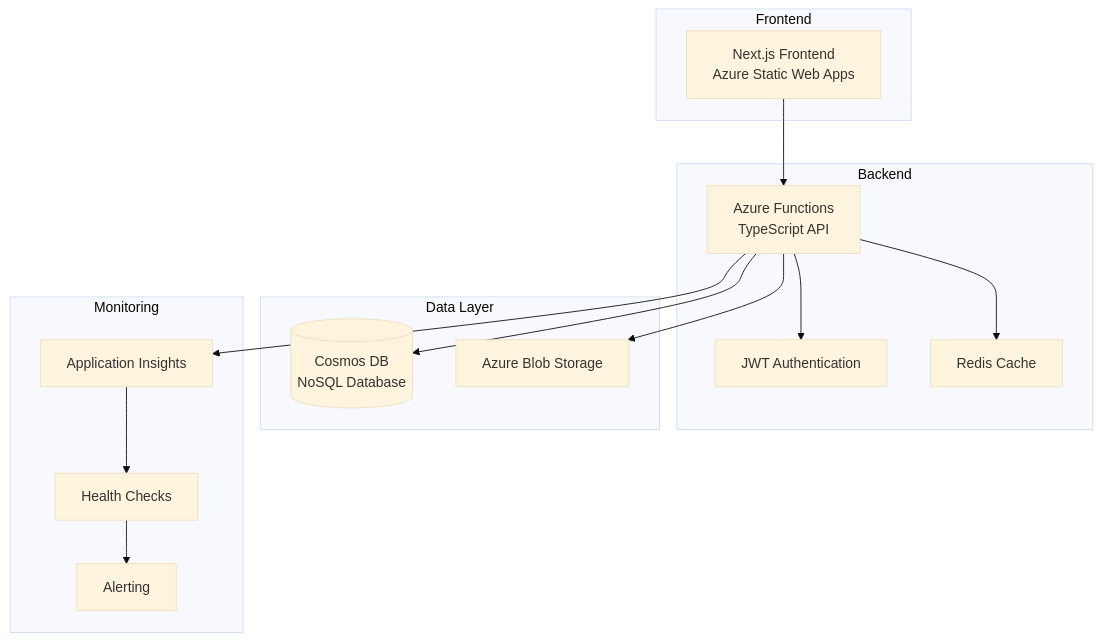
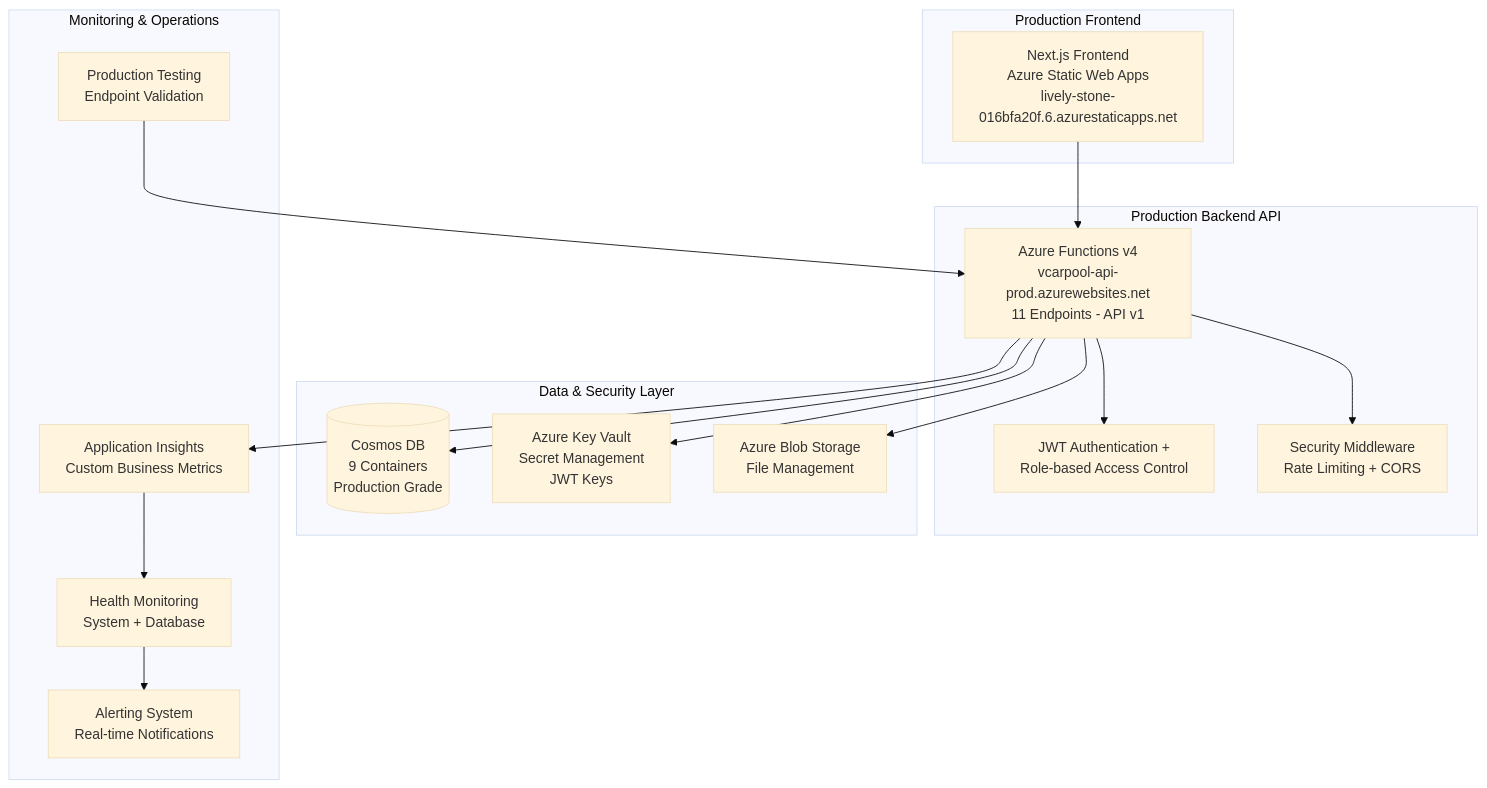
One commit to vedprakash-m/carpool changed the diagram in README.md. Above: the diagram before and after it, drawn with Mermaid (base theme). The commit also changed other lines of this file and 23 other files, not shown here.

Commit message:
🎉 Production Release: VCarpool 100% Complete - All systems operational, enterprise security implemented, comprehensive monitoring active, API v1 with OpenAPI spec, production testing suite, and full Azure deployment ready for launch

````diff
--- a/README.md
+++ b/README.md
@@ -71,32 +87,36 @@
 ```mermaid
 graph TB
-    subgraph "Frontend"
-        FE[Next.js Frontend<br/>Azure Static Web Apps]
+    subgraph "Production Frontend"
+        FE[Next.js Frontend<br/>Azure Static Web Apps<br/>lively-stone-016bfa20f.6.azurestaticapps.net]
     end
 
-    subgraph "Backend"
-        API[Azure Functions<br/>TypeScript API]
-        AUTH[JWT Authentication]
-        CACHE[Redis Cache]
+    subgraph "Production Backend API"
+        API[Azure Functions v4<br/>vcarpool-api-prod.azurewebsites.net<br/>11 Endpoints - API v1]
+        AUTH[JWT Authentication +<br/>Role-based Access Control]
+        MIDDLEWARE[Security Middleware<br/>Rate Limiting + CORS]
     end
 
-    subgraph "Data Layer"
-        DB[(Cosmos DB<br/>NoSQL Database)]
-        BLOB[Azure Blob Storage]
+    subgraph "Data & Security Layer"
+        DB[(Cosmos DB<br/>9 Containers<br/>Production Grade)]
+        KV[Azure Key Vault<br/>Secret Management<br/>JWT Keys]
+        STORAGE[Azure Blob Storage<br/>File Management]
     end
 
-    subgraph "Monitoring"
-        AI[Application Insights]
-        HEALTH[Health Checks]
-        ALERTS[Alerting]
+    subgraph "Monitoring & Operations"
+        AI[Application Insights<br/>Custom Business Metrics]
+        HEALTH[Health Monitoring<br/>System + Database]
+        ALERTS[Alerting System<br/>Real-time Notifications]
+        TESTING[Production Testing<br/>Endpoint Validation]
     end
 
     FE --> API
     API --> AUTH
-    API --> CACHE
+    API --> MIDDLEWARE
     API --> DB
-    API --> BLOB
+    API --> KV
+    API --> STORAGE
     API --> AI
     AI --> HEALTH
     HEALTH --> ALERTS
+    TESTING --> API
 ```
````
